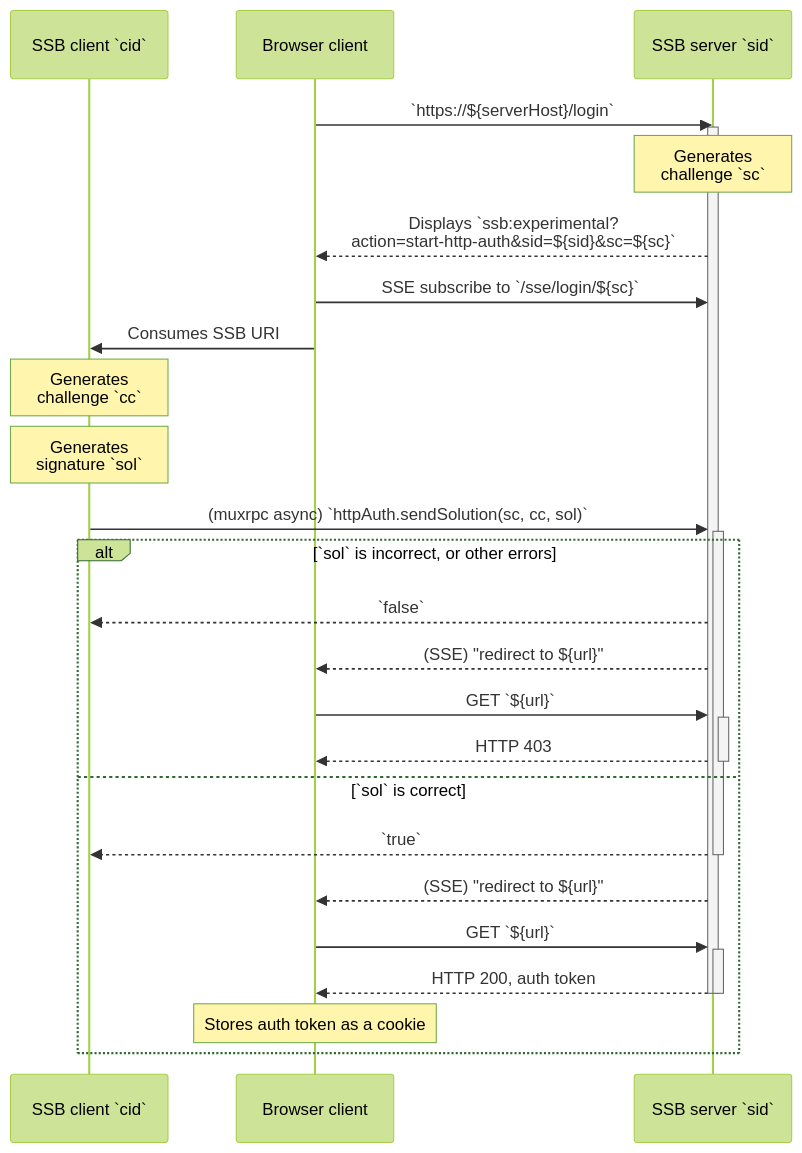
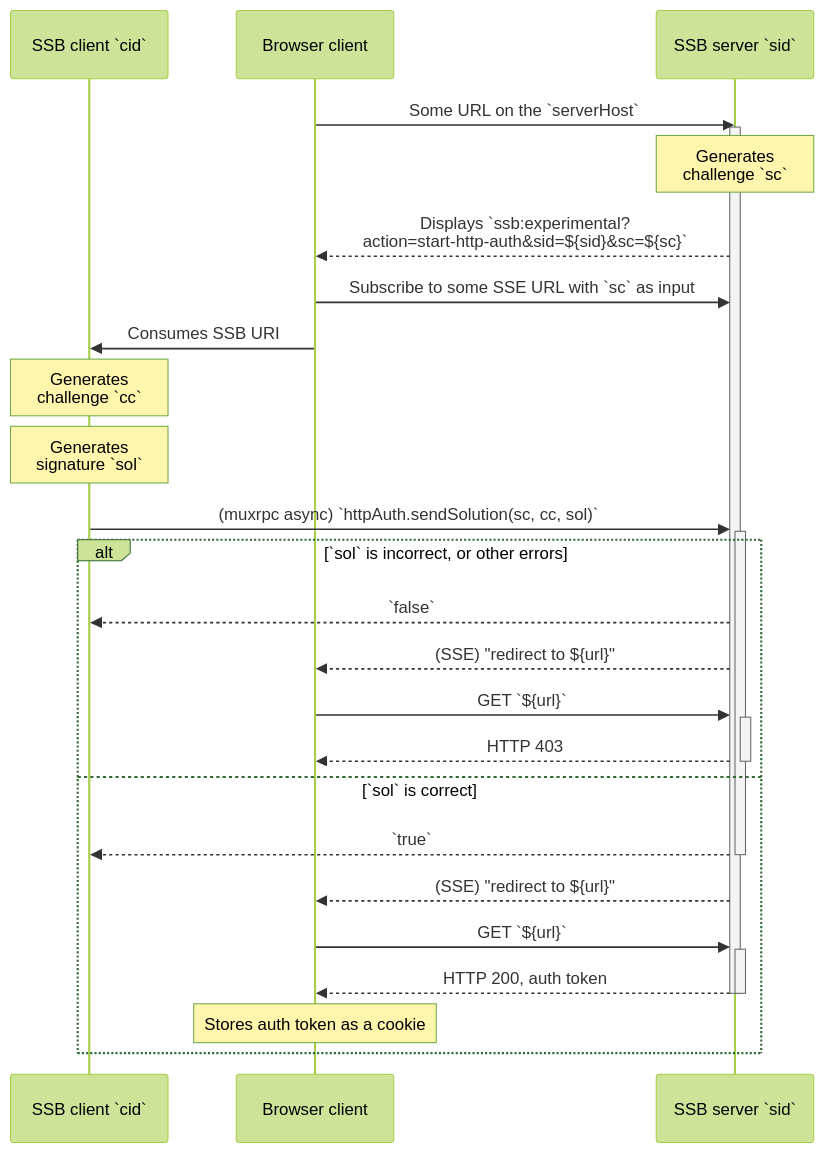
One commit to ssbc/ssb-http-auth-spec changed the diagram in docs/Specification/Server-initiated.md. Above: the diagram before and after it, drawn with Mermaid (forest theme). The commit also changed other lines of this file and 5 other files, not shown here.

````diff
--- a/docs/Specification/Server-initiated.md
+++ b/docs/Specification/Server-initiated.md
@@ -11,29 +11,29 @@
 ```mermaid
 sequenceDiagram
   participant Umux as SSB client `cid`
   participant Uweb as Browser client
   participant Serv as SSB server `sid`
 
-  Uweb->>Serv: `https://${serverHost}/login`
+  Uweb->>Serv: Some URL on the `serverHost`
   activate Serv
   Note over Serv: Generates<br/>challenge `sc`
   Serv-->>Uweb: Displays `ssb:experimental?<br/>action=start-http-auth&sid=${sid}&sc=${sc}`
-  Uweb->>Serv: SSE subscribe to `/sse/login/${sc}`
+  Uweb->>Serv: Subscribe to some SSE URL with `sc` as input
   Uweb->>Umux: Consumes SSB URI
   Note over Umux: Generates<br/>challenge `cc`
   Note over Umux: Generates<br/>signature `sol`
   Umux->>+Serv: (muxrpc async) `httpAuth.sendSolution(sc, cc, sol)`
   alt `sol` is incorrect, or other errors
     Serv-->>Umux: `false`
     Serv-->>Uweb: (SSE) "redirect to ${url}"
     Uweb->>+Serv: GET `${url}`
     Serv-->>-Uweb: HTTP 403
   else `sol` is correct
     Serv-->>-Umux: `true`
     Serv-->>Uweb: (SSE) "redirect to ${url}"
     Uweb->>+Serv: GET `${url}`
     Serv-->>-Uweb: HTTP 200, auth token
     deactivate Serv
     Note over Uweb: Stores auth token as a cookie
   end
 ```
````
